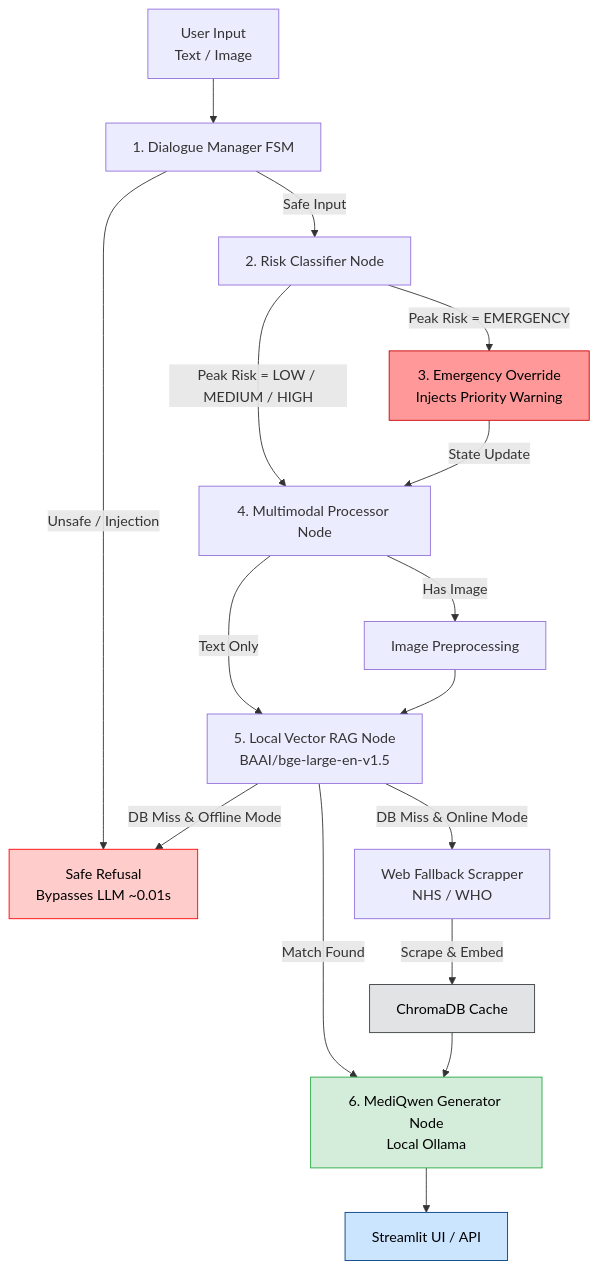
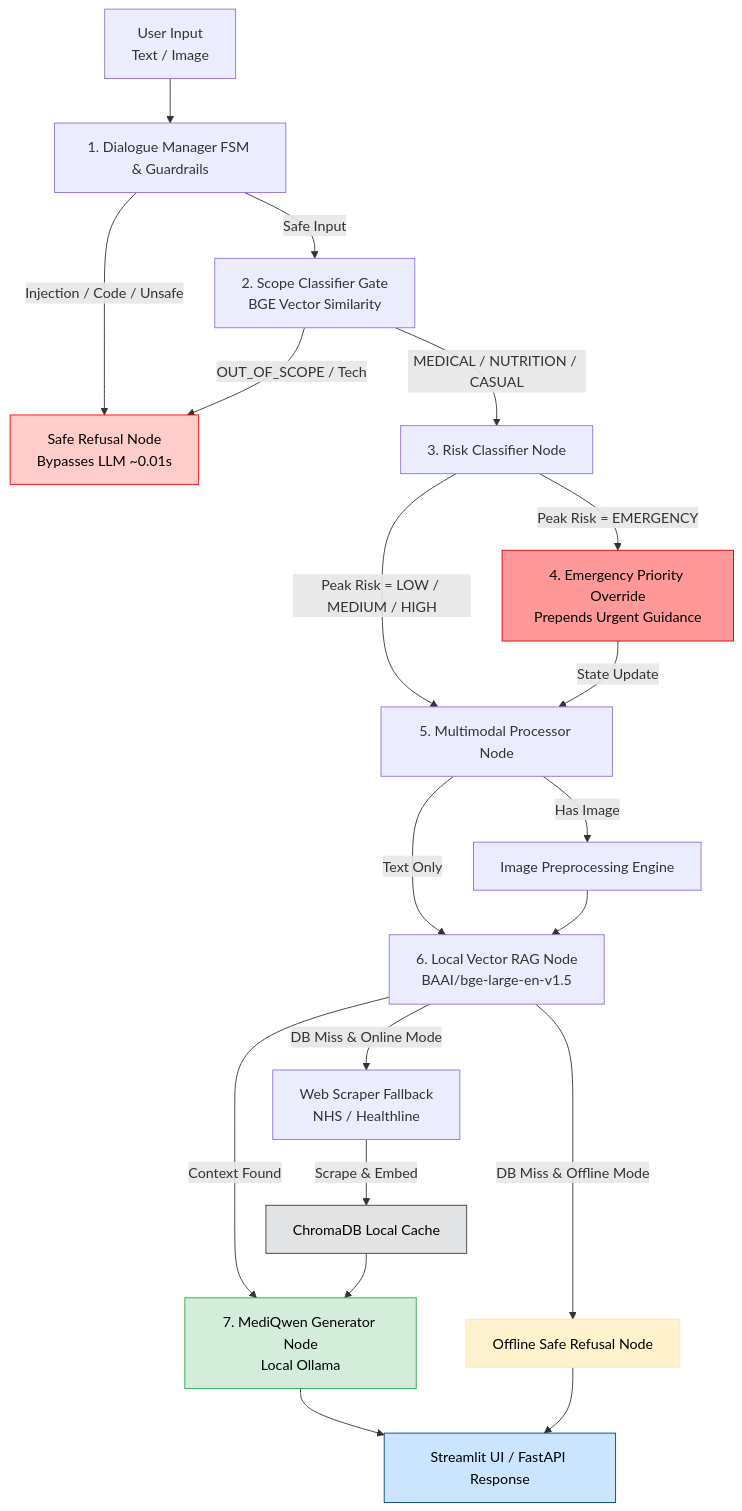
Before and after one commit to SantosRana/MediQwen: the diagram in README.md, drawn with Mermaid. The commit also changed other lines of this file and 2 other files, not shown here.

````diff
--- a/README.md
+++ b/README.md
@@ -56,30 +59,35 @@
 ```mermaid
 flowchart TD
-    A[User Input<br/> Text / Image] --> B[1. Dialogue Manager FSM]
+    A[User Input<br/> Text / Image] --> B[1. Dialogue Manager FSM & Guardrails]
     
-    B -->|Unsafe / Injection| R[Safe Refusal<br/>Bypasses LLM ~0.01s]
-    B -->|Safe Input| C[2. Risk Classifier Node]
+    B -->|Injection / Code / Unsafe| R[Safe Refusal Node<br/>Bypasses LLM ~0.01s]
+    B -->|Safe Input| SC[2. Scope Classifier Gate<br/>BGE Vector Similarity]
     
-    C -->|Peak Risk = EMERGENCY| E[3. Emergency Override<br/>Injects Priority Warning]
-    C -->|Peak Risk = LOW / MEDIUM / HIGH| M[4. Multimodal Processor Node]
+    SC -->|OUT_OF_SCOPE / Tech| R
+    SC -->|MEDICAL / NUTRITION / CASUAL| C[3. Risk Classifier Node]
+    
+    C -->|Peak Risk = EMERGENCY| E[4. Emergency Priority Override<br/>Prepends Urgent Guidance]
+    C -->|Peak Risk = LOW / MEDIUM / HIGH| M[5. Multimodal Processor Node]
     E -->|State Update| M
     
-    M -->|Has Image| P[Image Preprocessing]
-    M -->|Text Only| V[5. Local Vector RAG Node<br/>BAAI/bge-large-en-v1.5]
+    M -->|Has Image| P[Image Preprocessing Engine]
+    M -->|Text Only| V[6. Local Vector RAG Node<br/>BAAI/bge-large-en-v1.5]
     P --> V
     
-    V -->|Match Found| G[6. MediQwen Generator Node<br/>Local Ollama]
-    V -->|DB Miss & Online Mode| W[Web Fallback Scrapper<br/>NHS / WHO]
-    V -->|DB Miss & Offline Mode| R
+    V -->|Context Found| G[7. MediQwen Generator Node<br/>Local Ollama]
+    V -->|DB Miss & Online Mode| W[Web Scraper Fallback<br/>NHS / Healthline]
+    V -->|DB Miss & Offline Mode| SR[Offline Safe Refusal Node]
     
-    W -->|Scrape & Embed| CH[ChromaDB Cache]
+    W -->|Scrape & Embed| CH[ChromaDB Local Cache]
     CH --> G
     
-    G --> O[Streamlit UI / API ]
+    G --> O[Streamlit UI / FastAPI Response]
+    SR --> O
 
     style R fill:#ffcccc,stroke:#ff0000,color:#000
+    style SR fill:#fff3cd,stroke:#ffebaa,color:#000
     style E fill:#ff9999,stroke:#cc0000,color:#000
     style G fill:#d4edda,stroke:#28a745,color:#000
     style O fill:#cce5ff,stroke:#004085,color:#000
     style CH fill:#e2e3e5,stroke:#383d41,color:#000
 ```
````
